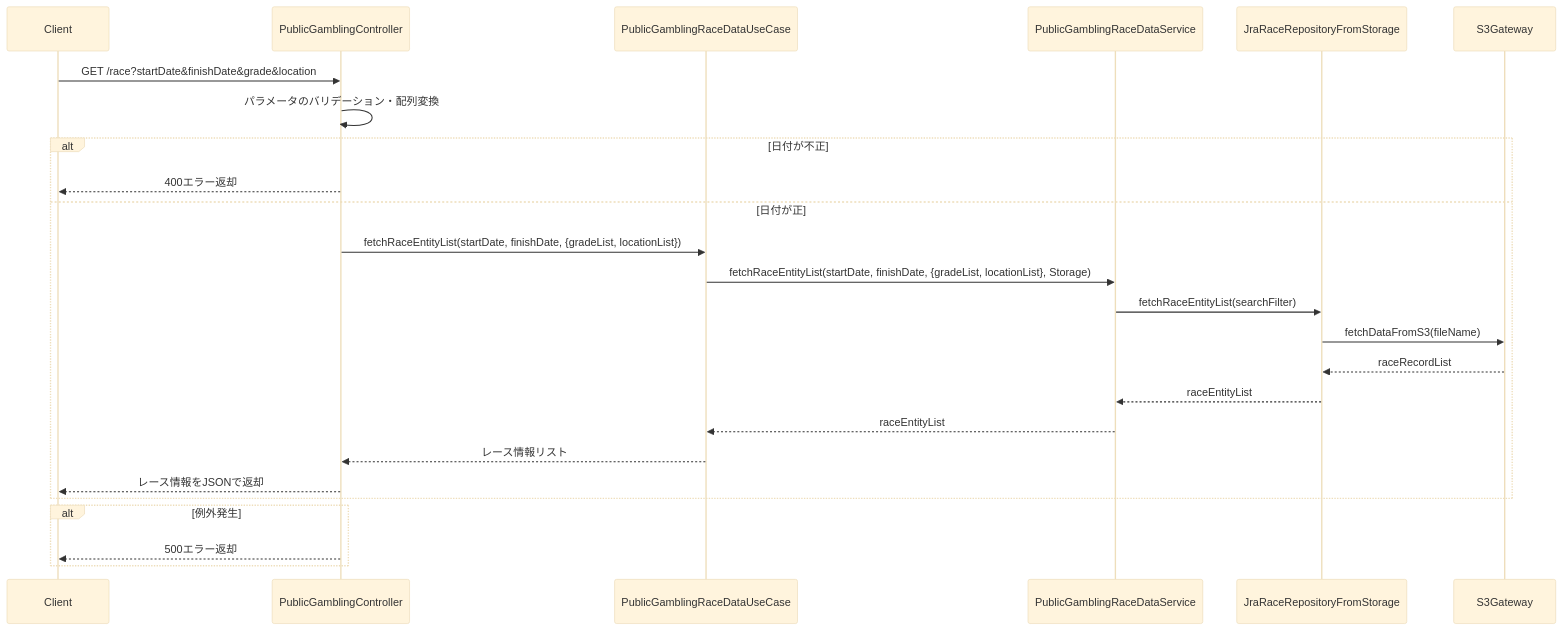
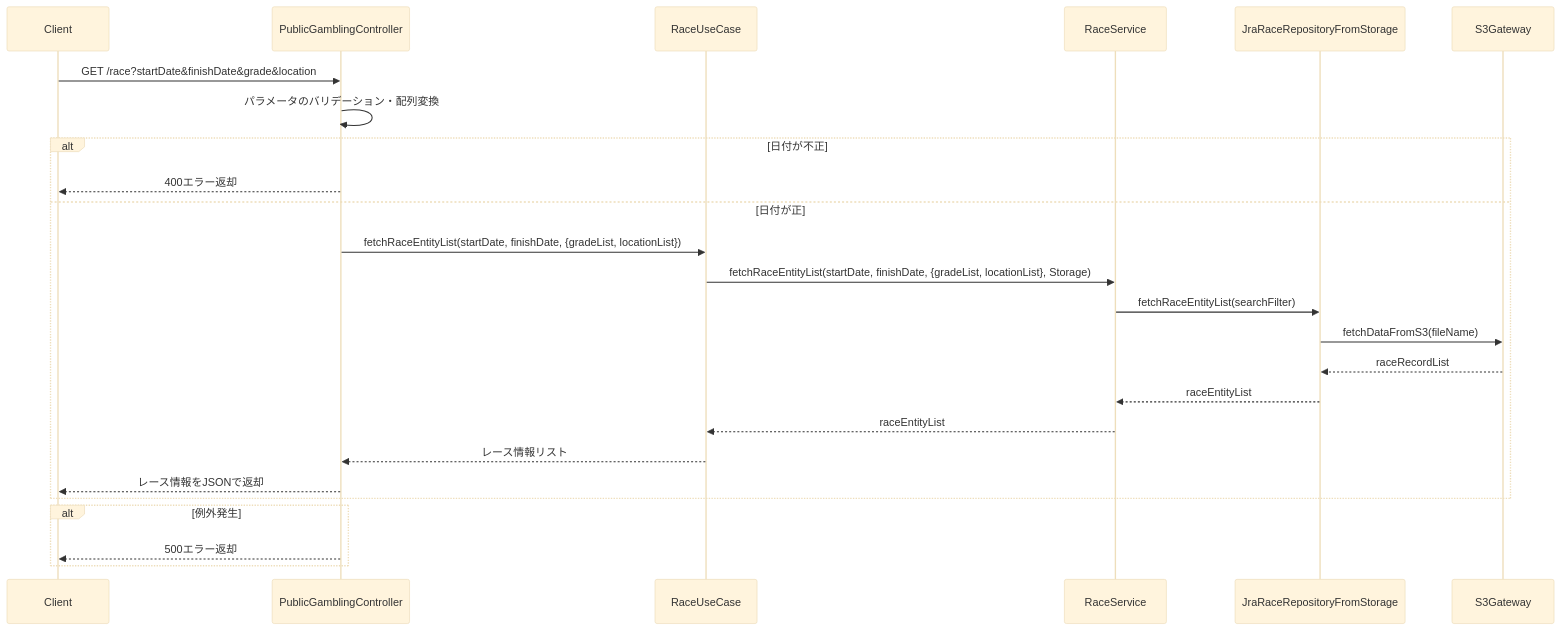
One commit to taichi6930/race-schedule-api changed the diagram in document/detail-design/sequence/publicGambling/getRaceEntityList.md. Above: the diagram before and after it, drawn with Mermaid (base theme). The commit also changed 6 other files, not shown here.

Commit message:
refactor: シーケンス図のクラス名を整理し、依存関係を明確化 - getPlaceEntityList.md, getRaceEntityList.md, getRacesFromCalendar.md, updatePlaceEntityList.md, updateRaceEntityList.md, updateRacesToCalendar.md で PublicGambling プレフィックスを削除し、クラス名を簡略化 - jest.config.js でサービスとユースケースのファイル名を更新

````diff
--- a/document/detail-design/sequence/publicGambling/getRaceEntityList.md
+++ b/document/detail-design/sequence/publicGambling/getRaceEntityList.md
@@ -3,28 +3,28 @@
 ```mermaid
 sequenceDiagram
     participant Client
     participant PublicGamblingController
-    participant PublicGamblingRaceDataUseCase
-    participant PublicGamblingRaceDataService
+    participant RaceUseCase
+    participant RaceService
     participant JraRaceRepositoryFromStorage
     participant S3Gateway
 
     Client->>PublicGamblingController: GET /race?startDate&finishDate&grade&location
     PublicGamblingController->>PublicGamblingController: パラメータのバリデーション・配列変換
     alt 日付が不正
         PublicGamblingController-->>Client: 400エラー返却
     else 日付が正
-        PublicGamblingController->>PublicGamblingRaceDataUseCase: fetchRaceEntityList(startDate, finishDate, {gradeList, locationList})
-        PublicGamblingRaceDataUseCase->>PublicGamblingRaceDataService: fetchRaceEntityList(startDate, finishDate, {gradeList, locationList}, Storage)
-        PublicGamblingRaceDataService->>JraRaceRepositoryFromStorage: fetchRaceEntityList(searchFilter)
+        PublicGamblingController->>RaceUseCase: fetchRaceEntityList(startDate, finishDate, {gradeList, locationList})
+        RaceUseCase->>RaceService: fetchRaceEntityList(startDate, finishDate, {gradeList, locationList}, Storage)
+        RaceService->>JraRaceRepositoryFromStorage: fetchRaceEntityList(searchFilter)
         JraRaceRepositoryFromStorage->>S3Gateway: fetchDataFromS3(fileName)
         S3Gateway-->>JraRaceRepositoryFromStorage: raceRecordList
-        JraRaceRepositoryFromStorage-->>PublicGamblingRaceDataService: raceEntityList
-        PublicGamblingRaceDataService-->>PublicGamblingRaceDataUseCase: raceEntityList
-        PublicGamblingRaceDataUseCase-->>PublicGamblingController: レース情報リスト
+        JraRaceRepositoryFromStorage-->>RaceService: raceEntityList
+        RaceService-->>RaceUseCase: raceEntityList
+        RaceUseCase-->>PublicGamblingController: レース情報リスト
         PublicGamblingController-->>Client: レース情報をJSONで返却
     end
     alt 例外発生
         PublicGamblingController-->>Client: 500エラー返却
     end
 ```
````
